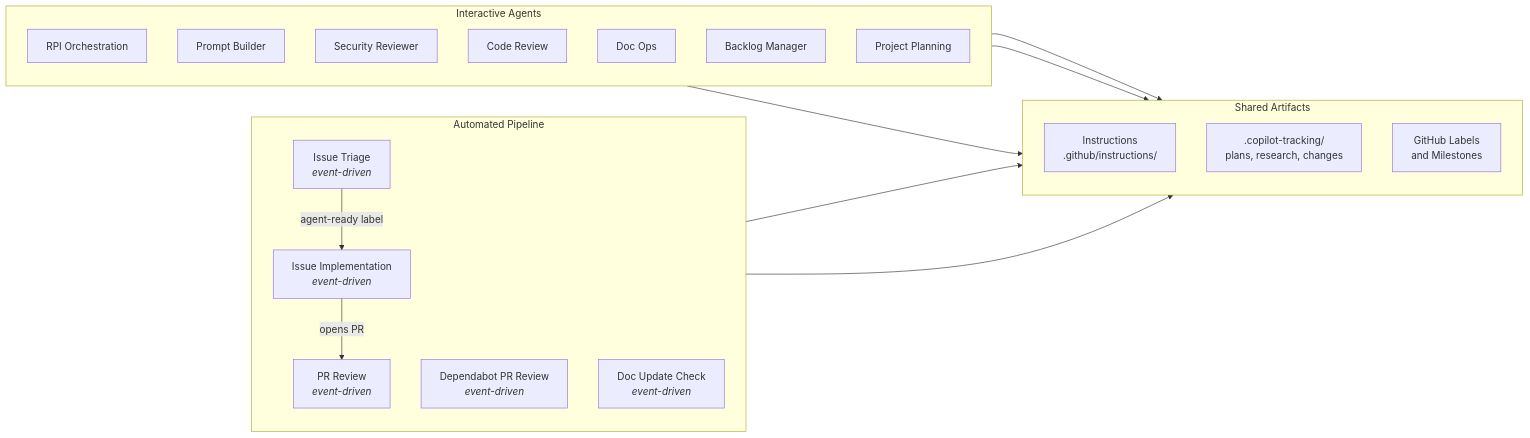
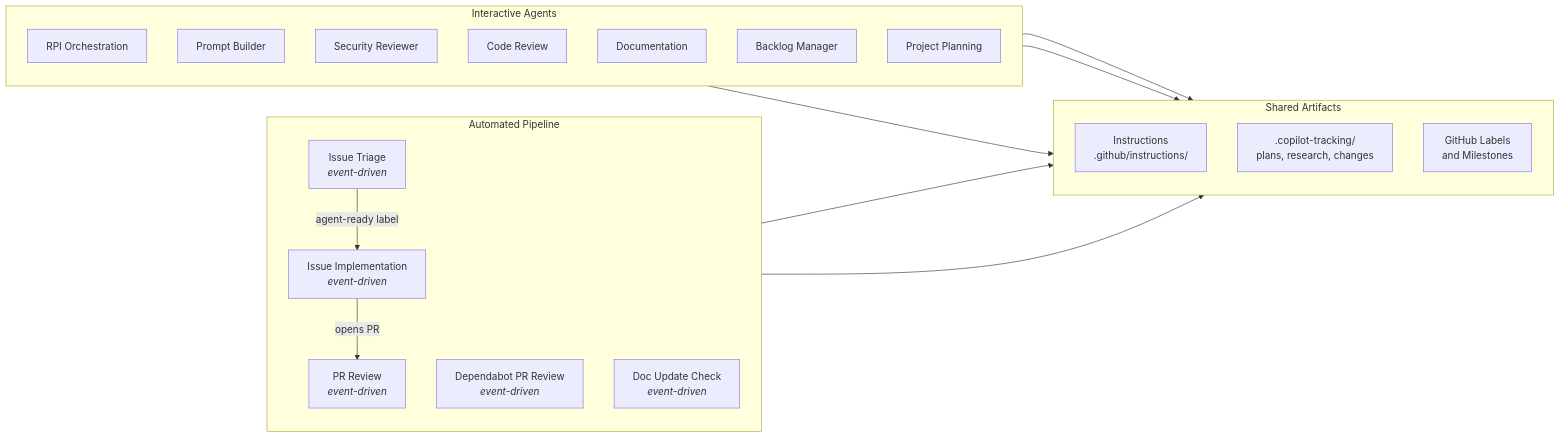
One commit to MichaelDanCurtis/hve-core changed the third of 3 diagrams in docs/architecture/agentic-workflows.md. Above: the diagram before and after it, drawn with Mermaid. The commit also changed other lines of this file and 2 other files, not shown here.

````diff
--- a/docs/architecture/agentic-workflows.md
+++ b/docs/architecture/agentic-workflows.md
@@ -207,37 +207,37 @@
 ```mermaid
 flowchart LR
     subgraph AUTOMATED["Automated Pipeline"]
         direction TB
         TRIAGE["Issue Triage<br/><i>event-driven</i>"]
         IMPL["Issue Implementation<br/><i>event-driven</i>"]
         REVIEW["PR Review<br/><i>event-driven</i>"]
         DEPEND["Dependabot PR Review<br/><i>event-driven</i>"]
         DOCS["Doc Update Check<br/><i>event-driven</i>"]
         TRIAGE -- "agent-ready label" --> IMPL
         IMPL -- "opens PR" --> REVIEW
     end
 
     subgraph INTERACTIVE["Interactive Agents"]
         direction TB
         RPI["RPI Orchestration"]
         PB["Prompt Builder"]
         SR["Security Reviewer"]
         CR["Code Review"]
-        DOC["Doc Ops"]
+        DOC["Documentation"]
         BM["Backlog Manager"]
         PP["Project Planning"]
     end
 
     subgraph ARTIFACTS["Shared Artifacts"]
         direction TB
         INST["Instructions<br/>.github/instructions/"]
         TRACK[".copilot-tracking/<br/>plans, research, changes"]
         LABELS["GitHub Labels<br/>and Milestones"]
     end
 
     AUTOMATED --> INST
     INTERACTIVE --> INST
     RPI --> TRACK
     BM --> LABELS
     TRIAGE --> LABELS
 ```
````
